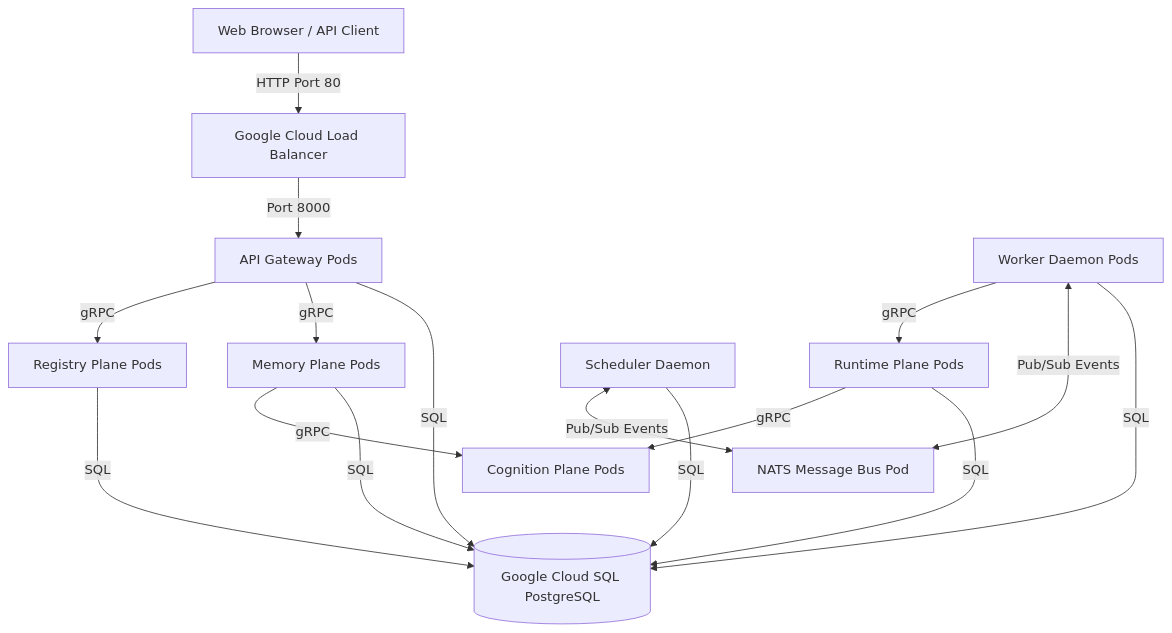
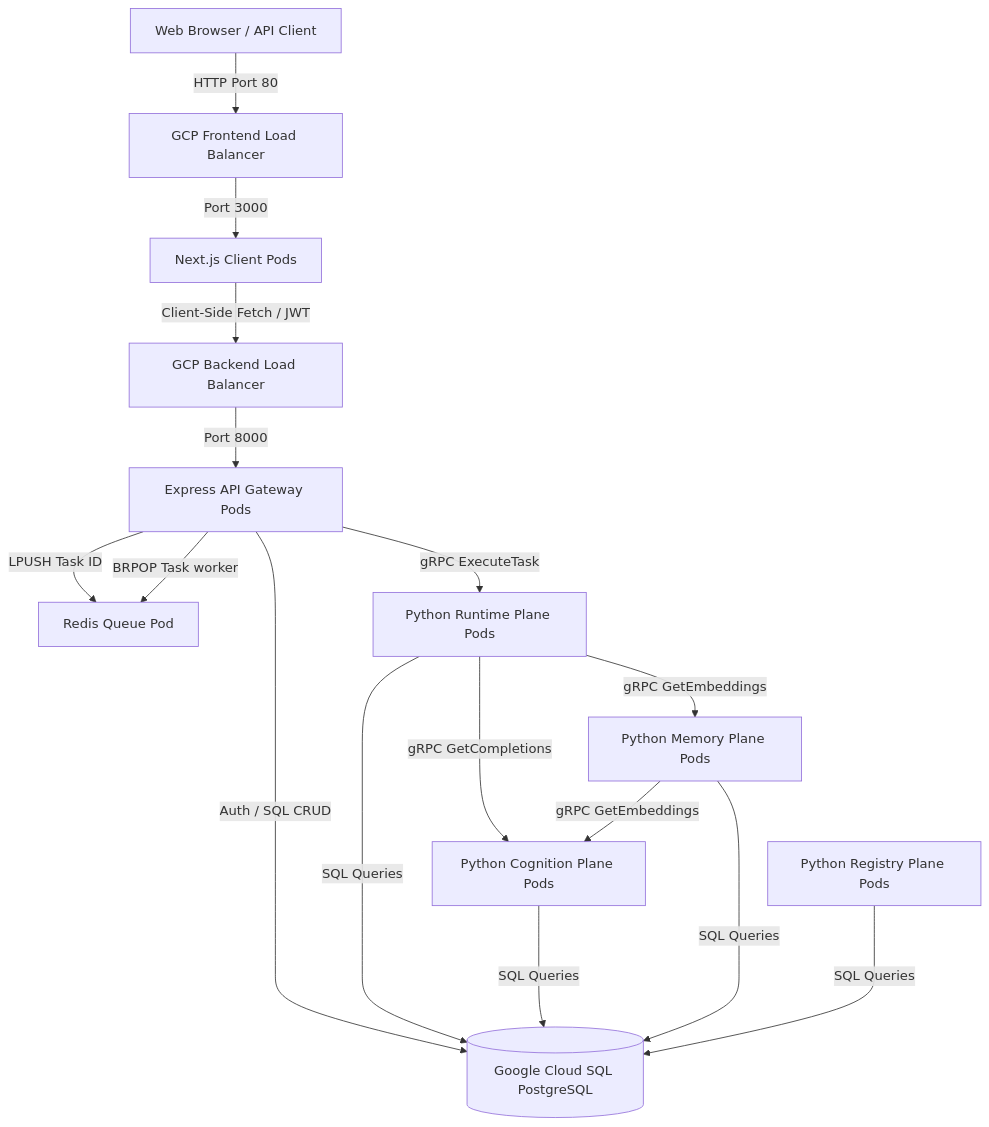
One commit to Piyush0000/AgentOS changed the diagram in deploy_gcp.md. Above: the diagram before and after it, drawn with Mermaid. The commit also changed other lines of this file and 3 other files, not shown here.

````diff
--- a/deploy_gcp.md
+++ b/deploy_gcp.md
@@ -9,15 +9,20 @@
 ```mermaid
 graph TD
-    Client[Web Browser / API Client] -->|HTTP Port 80| LoadBalancer[Google Cloud Load Balancer]
-    LoadBalancer -->|Port 8000| Gateway[API Gateway Pods]
-    Gateway -->|gRPC| Registry[Registry Plane Pods]
-    Gateway -->|gRPC| Memory[Memory Plane Pods]
-    Worker[Worker Daemon Pods] -->|gRPC| Runtime[Runtime Plane Pods]
-    Runtime -->|gRPC| Cognition[Cognition Plane Pods]
-    Memory -->|gRPC| Cognition
+    Client[Web Browser / API Client] -->|HTTP Port 80| LBFrontend[GCP Frontend Load Balancer]
+    LBFrontend -->|Port 3000| NextJS[Next.js Client Pods]
     
-    Scheduler[Scheduler Daemon] <-->|Pub/Sub Events| NATS[NATS Message Bus Pod]
-    Worker <-->|Pub/Sub Events| NATS
+    NextJS -->|Client-Side Fetch / JWT| LBBackend[GCP Backend Load Balancer]
+    LBBackend -->|Port 8000| ExpressGateway[Express API Gateway Pods]
     
-    Gateway & Registry & Memory & Runtime & Scheduler & Worker --->|SQL| CloudSQL[(Google Cloud SQL PostgreSQL)]
+    ExpressGateway -->|Auth / SQL CRUD| CloudSQL[(Google Cloud SQL PostgreSQL)]
+    ExpressGateway -->|LPUSH Task ID| Redis[Redis Queue Pod]
+    
+    ExpressGateway -->|BRPOP Task worker| Redis
+    ExpressGateway -->|gRPC ExecuteTask| Runtime[Python Runtime Plane Pods]
+    
+    Runtime -->|gRPC GetCompletions| Cognition[Python Cognition Plane Pods]
+    Runtime -->|gRPC GetEmbeddings| Memory[Python Memory Plane Pods]
+    Memory -->|gRPC GetEmbeddings| Cognition
+    
+    Runtime & Cognition & Memory & Registry[Python Registry Plane Pods] --->|SQL Queries| CloudSQL
 ```
````
